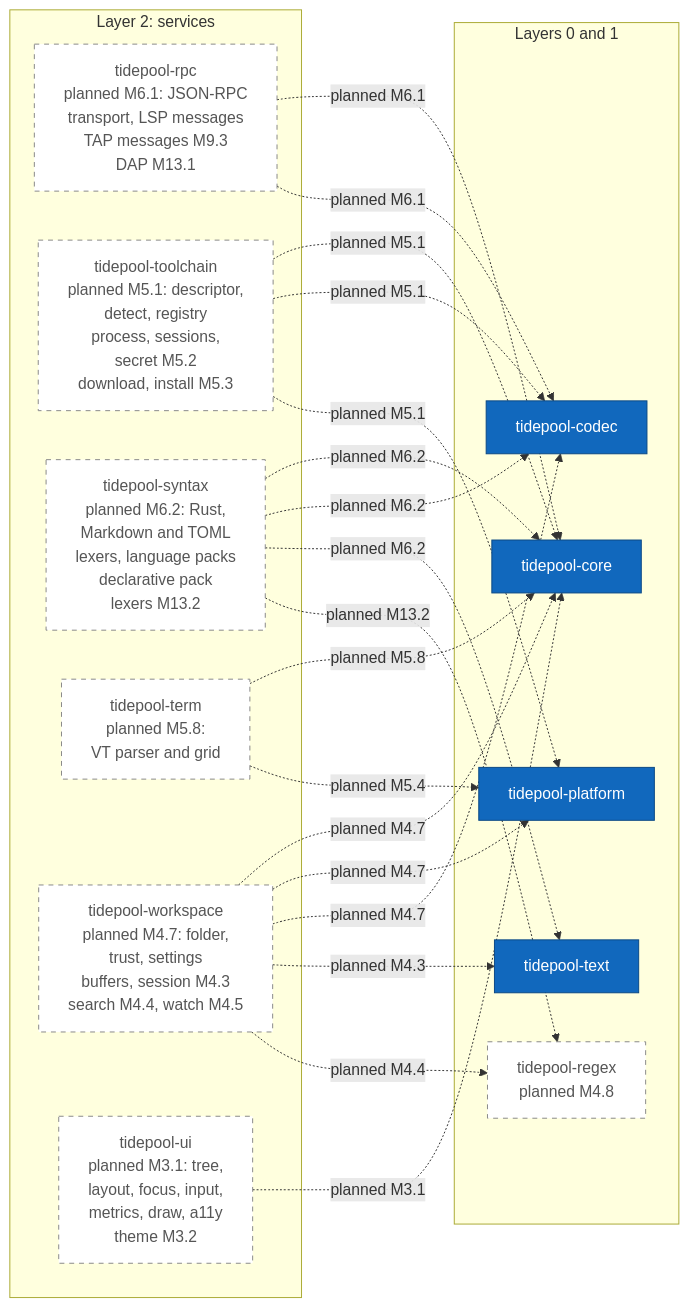
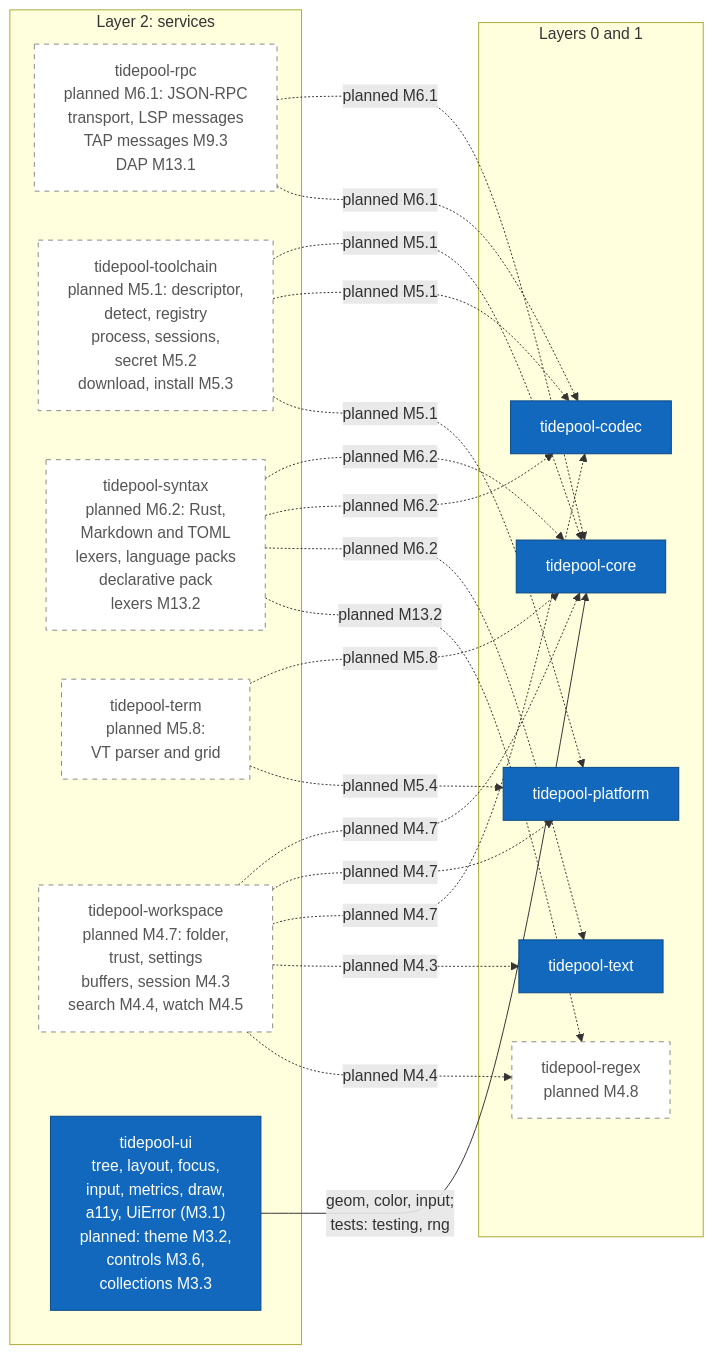
The seventh of 17 diagrams in diagrams/c4-architecture.md (jabbott-iii/Tidepool), drawn with Mermaid before and after one commit. The commit also changed other lines of this file and 32 other files, not shown here.

First line of the commit message:
ui: tree, layout, focus, input, metrics, draw and a11y (M3.1)

````diff
--- a/diagrams/c4-architecture.md
+++ b/diagrams/c4-architecture.md
@@ -351,41 +354,41 @@
 ```mermaid
 flowchart LR
     subgraph L2["Layer 2: services"]
         k_rpc["tidepool-rpc<br/>planned M6.1: JSON-RPC<br/>transport, LSP messages<br/>TAP messages M9.3<br/>DAP M13.1"]
         k_toolchain["tidepool-toolchain<br/>planned M5.1: descriptor,<br/>detect, registry<br/>process, sessions,<br/>secret M5.2<br/>download, install M5.3"]
         k_syntax["tidepool-syntax<br/>planned M6.2: Rust,<br/>Markdown and TOML<br/>lexers, language packs<br/>declarative pack<br/>lexers M13.2"]
         k_term["tidepool-term<br/>planned M5.8:<br/>VT parser and grid"]
         k_workspace["tidepool-workspace<br/>planned M4.7: folder,<br/>trust, settings<br/>buffers, session M4.3<br/>search M4.4, watch M4.5"]
-        k_ui["tidepool-ui<br/>planned M3.1: tree,<br/>layout, focus, input,<br/>metrics, draw, a11y<br/>theme M3.2"]
+        k_ui["tidepool-ui<br/>tree, layout, focus,<br/>input, metrics, draw,<br/>a11y, UiError (M3.1)<br/>planned: theme M3.2,<br/>controls M3.6,<br/>collections M3.3"]
     end
     subgraph L01["Layers 0 and 1"]
         k_platform["tidepool-platform"]
         k_codec["tidepool-codec"]
         k_text["tidepool-text"]
         k_regex["tidepool-regex<br/>planned M4.8"]
         k_core["tidepool-core"]
     end
 
     k_rpc -.->|"planned M6.1"| k_core
     k_rpc -.->|"planned M6.1"| k_codec
     k_toolchain -.->|"planned M5.1"| k_core
     k_toolchain -.->|"planned M5.1"| k_codec
     k_toolchain -.->|"planned M5.1"| k_platform
     k_syntax -.->|"planned M6.2"| k_core
     k_syntax -.->|"planned M6.2"| k_codec
     k_syntax -.->|"planned M6.2"| k_text
     k_syntax -.->|"planned M13.2"| k_regex
     k_term -.->|"planned M5.8"| k_core
     k_term -.->|"planned M5.4"| k_platform
     k_workspace -.->|"planned M4.7"| k_core
     k_workspace -.->|"planned M4.7"| k_platform
     k_workspace -.->|"planned M4.7"| k_codec
     k_workspace -.->|"planned M4.3"| k_text
     k_workspace -.->|"planned M4.4"| k_regex
-    k_ui -.->|"planned M3.1"| k_core
+    k_ui -->|"geom, color, input;<br/>tests: testing, rng"| k_core
 
     classDef built fill:#1168bd,stroke:#0b4884,color:#ffffff
     classDef planned fill:#ffffff,stroke:#888888,stroke-dasharray: 5 5,color:#555555
-    class k_platform,k_codec,k_text,k_core built
-    class k_rpc,k_toolchain,k_syntax,k_term,k_workspace,k_ui,k_regex planned
+    class k_platform,k_codec,k_text,k_core,k_ui built
+    class k_rpc,k_toolchain,k_syntax,k_term,k_workspace,k_regex planned
 ```
````
